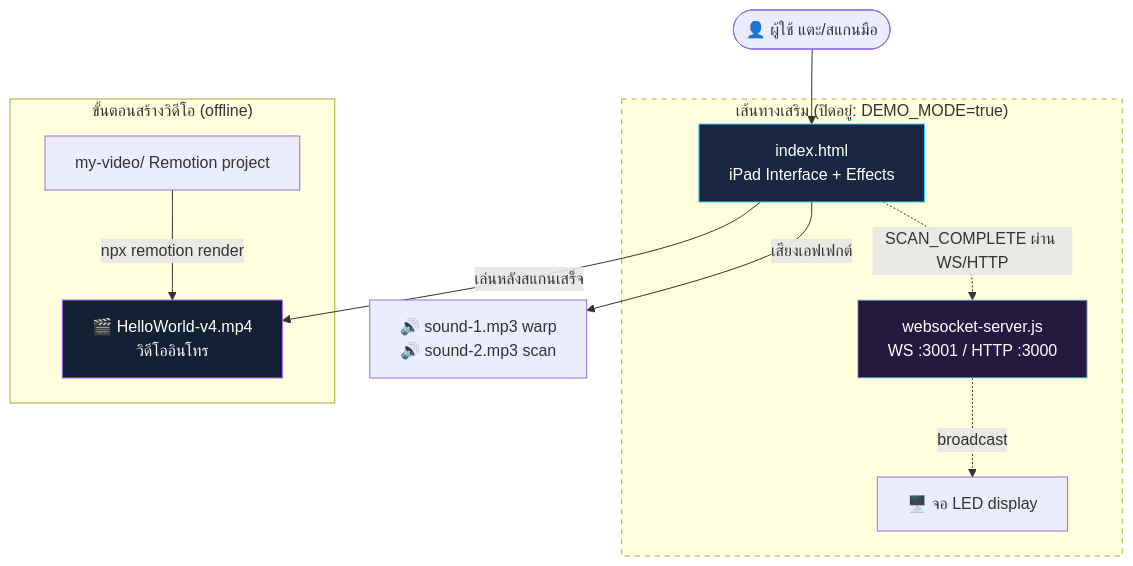
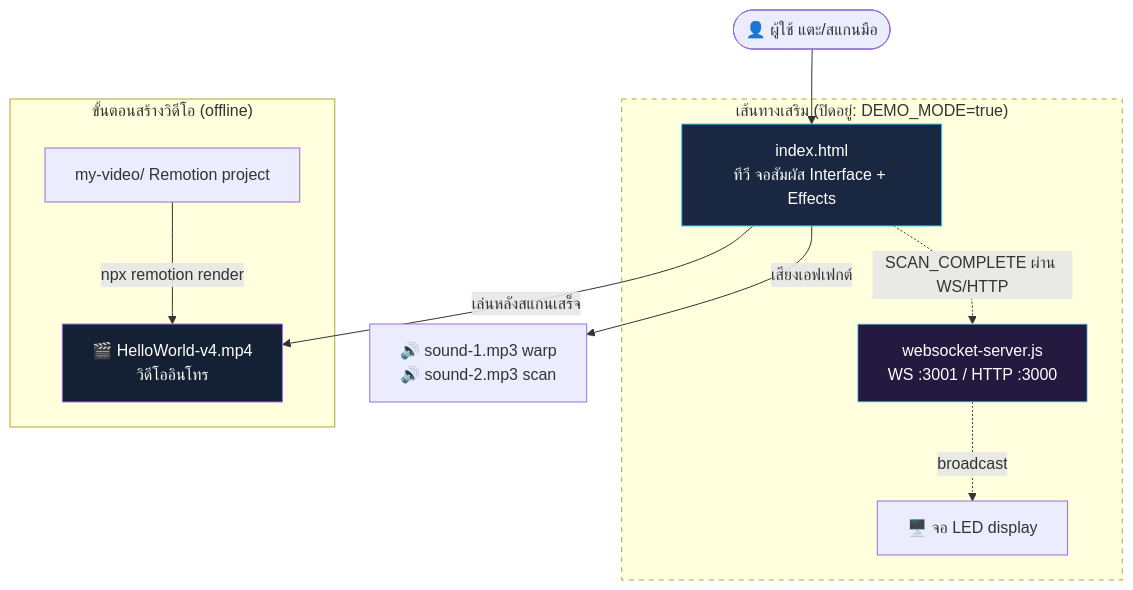
Before and after one commit to Kagenokami9/ssr: the first of 2 diagrams in BACKEND.md, drawn with Mermaid. The commit also changed other lines of this file and 4 other files, not shown here.

````diff
--- a/BACKEND.md
+++ b/BACKEND.md
@@ -23,20 +23,20 @@
 ```mermaid
 graph TD
-    User([👤 ผู้ใช้ แตะ/สแกนมือ]) --> Index[index.html<br/>iPad Interface + Effects]
+    User([👤 ผู้ใช้ แตะ/สแกนมือ]) --> Index[index.html<br/>ทีวี จอสัมผัส Interface + Effects]
     Index -->|เล่นหลังสแกนเสร็จ| Video[🎬 HelloWorld-v4.mp4<br/>วิดีโออินโทร]
     Index -->|เสียงเอฟเฟกต์| Sound[🔊 sound-1.mp3 warp<br/>🔊 sound-2.mp3 scan]
 
     subgraph opt [" เส้นทางเสริม (ปิดอยู่: DEMO_MODE=true) "]
         Index -.->|SCAN_COMPLETE ผ่าน WS/HTTP| Server[websocket-server.js<br/>WS :3001 / HTTP :3000]
         Server -.->|broadcast| LED[🖥️ จอ LED display]
     end
 
     subgraph build [" ขั้นตอนสร้างวิดีโอ (offline) "]
         Remotion[my-video/ Remotion project] -->|npx remotion render| Video
     end
 
     style Index fill:#1a2740,stroke:#3fd2ff,color:#fff
     style Video fill:#142033,stroke:#b06bff,color:#fff
     style Server fill:#241a40,stroke:#8be9fd,color:#fff
     style opt stroke-dasharray: 5 5
 ```
````
